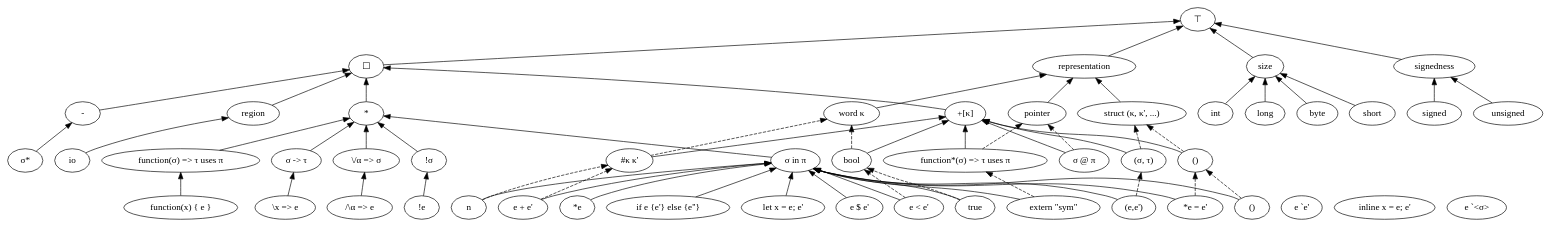
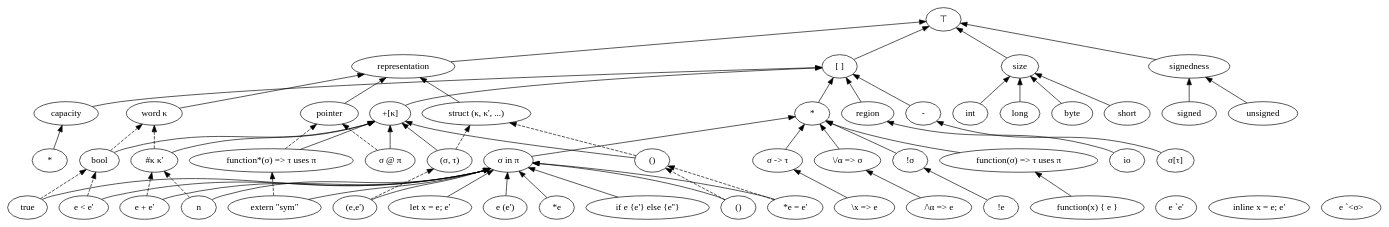
Before and after one commit to Superstar64/aith: the diagram in rules/aith.dot, drawn with Graphviz. The commit also changed 10 other files, not shown here.

```diff
--- a/rules/aith.dot
+++ b/rules/aith.dot
@@ -1,129 +1,133 @@
 digraph aith {
     // basic visualization of type system
     rankdir="BT"
     top[label="⊤"]
-    kind[label="☐"]
+    kind[label="[ ]"]
     representation
     size
     signedness
 
     kind -> top
     representation -> top
     size -> top
     signedness -> top
 
     type[label="*"]
     region
     pretype[label="+[κ]"]
     boxed[label="-"]
+    capacity[label="capacity"]
     pointerRep[label="pointer"]
     structRep[label="struct (κ, κ', ...)"]
     wordRep[label="word κ"]
     byte
     short
     int
     long
     signed
     unsigned
 
     type -> kind
     region -> kind
     pretype -> kind
     boxed -> kind
     pointerRep -> representation
     structRep -> representation
     wordRep -> representation
     byte -> size
     short -> size
     int -> size
     long -> size
     signed -> signedness
     unsigned -> signedness
+    capacity -> kind
 
     inline[label="σ -> τ"]
     forall[label="\\/α => σ"]
     ofCourse[label="!σ"]
     functionPointer[label="function*(σ) => τ uses π"]
     functionLiteralType[label="function(σ) => τ uses π"]
     pair[label="(σ, τ)"]
     unit[label="()"]
     effect[label="σ in π"]
     shared[label="σ @ π"]
-    pointer[label="σ*"]
+    pointer[label="σ[τ]"]
     number[label="#κ κ'"]
     boolean[label="bool"]
     world[label="io"]
+    unknown[label="*"]
 
     inline -> type
     forall -> type
     ofCourse -> type
     functionPointer -> pretype
     functionPointer -> pointerRep [style=dashed]
     functionLiteralType -> type
     pair -> pretype
     pair -> structRep[style=dashed]
     unit -> pretype
     unit -> structRep[style=dashed]
     effect -> type
     shared -> pretype
     shared -> pointerRep[style=dashed]
     pointer -> boxed
     number -> pretype
     number -> wordRep[style=dashed]
     boolean -> pretype
     boolean -> wordRep[style=dashed]
     world -> region
+    unknown -> capacity
 
     let[label="let x = e; e'"]
     extern[label="extern \"sym\""]
-    app[label="e $ e'"]
+    app[label="e (e')"]
     pairIntro[label="(e,e')"]
     unitIntro[label="()"]
     read[label="*e"]
     write[label="*e = e'"]
     num[label="n"]
     arith[label="e + e'"]
     relate[label="e < e'"]
     true
     if[label="if e {e'} else {e''}"]
 
     functionLiteral[label="function(x) { e }"]
     inlineAbstraction[label="\\x => e"]
     inlineApplication[label="e `e'"]
     ofCourseIntro[label="!e"]
     bind[label="inline x = e; e'"]
     typeAbstraction[label="/\\α => e"]
     typeApplication[label="e `<σ>"]
 
     
 
 
     let -> effect
     extern -> effect
     extern -> functionPointer[style=dashed]
     app -> effect
     pairIntro -> effect
     pairIntro -> pair [style=dashed]
     unitIntro -> effect
     unitIntro -> unit [style=dashed]
     read -> effect
     write -> effect
     write -> unit[style=dashed]
     num -> effect
     num -> number[style=dashed]
     arith -> effect
     arith -> number[style=dashed]
     relate -> effect
     relate -> boolean[style=dashed]
     true -> effect
     true -> boolean[style=dashed]
     if -> effect
 
     functionLiteral -> functionLiteralType
     inlineAbstraction -> inline
     inlineApplication
     ofCourseIntro -> ofCourse
     bind
     typeAbstraction -> forall
     typeApplication
 }
```
